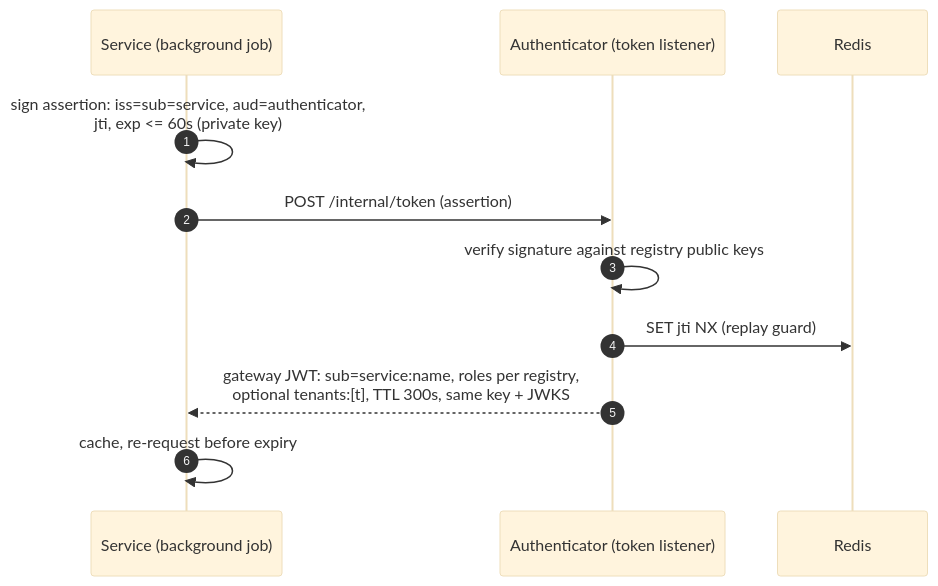
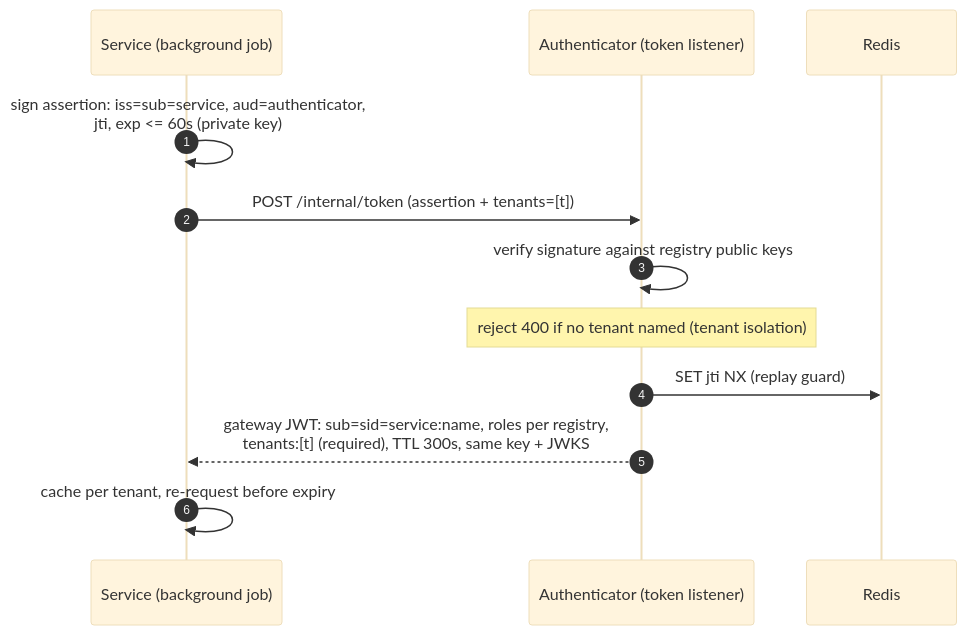
One commit to constructorfabric/insight changed the eighth of 9 diagrams in docs/components/backend/authenticator/DESIGN.md. Above: the diagram before and after it, drawn with Mermaid (base theme). The commit also changed other lines of this file and 19 other files, not shown here.

First line of the commit message:
refactor(authenticator): address PR review — tenant isolation, generated dev keys, SDK hardening

````diff
--- a/docs/components/backend/authenticator/DESIGN.md
+++ b/docs/components/backend/authenticator/DESIGN.md
@@ -682,14 +682,15 @@
 ```mermaid
 sequenceDiagram
     autonumber
     participant S as Service (background job)
     participant B as Authenticator (token listener)
     participant R as Redis
 
     S->>S: sign assertion: iss=sub=service, aud=authenticator,<br/>jti, exp <= 60s (private key)
-    S->>B: POST /internal/token (assertion)
+    S->>B: POST /internal/token (assertion + tenants=[t])
     B->>B: verify signature against registry public keys
+    Note over B: reject 400 if no tenant named (tenant isolation)
     B->>R: SET jti NX (replay guard)
-    B-->>S: gateway JWT: sub=service:name, roles per registry,<br/>optional tenants:[t], TTL 300s, same key + JWKS
-    S->>S: cache, re-request before expiry
+    B-->>S: gateway JWT: sub=sid=service:name, roles per registry,<br/>tenants:[t] (required), TTL 300s, same key + JWKS
+    S->>S: cache per tenant, re-request before expiry
 ```
````
